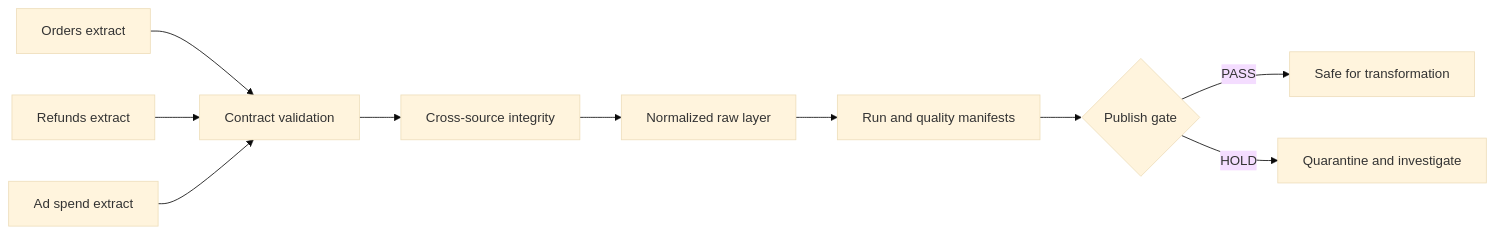
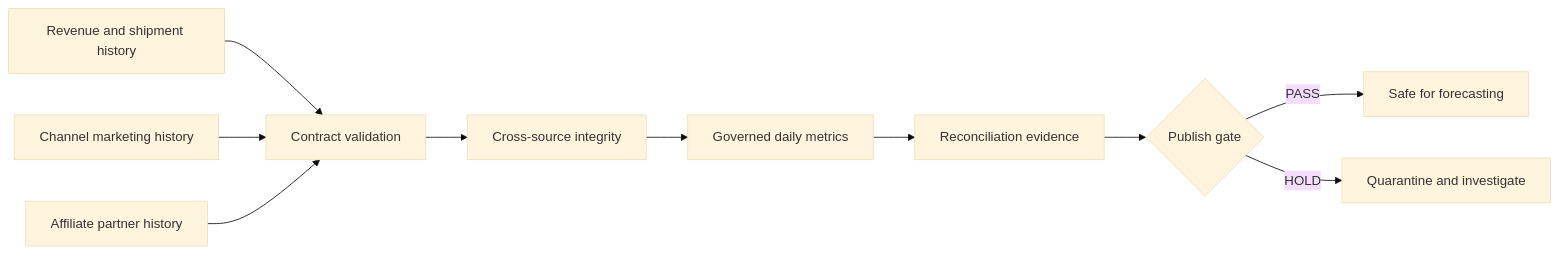
One commit to pratyushdhakad/analytics-automation-platform changed the diagram in README.md. Above: the diagram before and after it, drawn with Mermaid (base theme). The commit also changed other lines of this file and 1 other file, not shown here.

Commit message:
Pivot platform to revenue forecasting

````diff
--- a/README.md
+++ b/README.md
@@ -43,12 +52,12 @@
 ```mermaid
 flowchart LR
-    A[Orders extract] --> D[Contract validation]
-    B[Refunds extract] --> D
-    C[Ad spend extract] --> D
+    A[Revenue and shipment history] --> D[Contract validation]
+    B[Channel marketing history] --> D
+    C[Affiliate partner history] --> D
     D --> E[Cross-source integrity]
-    E --> F[Normalized raw layer]
-    F --> G[Run and quality manifests]
+    E --> F[Governed daily metrics]
+    F --> G[Reconciliation evidence]
     G --> H{Publish gate}
-    H -->|PASS| I[Safe for transformation]
+    H -->|PASS| I[Safe for forecasting]
     H -->|HOLD| J[Quarantine and investigate]
 ```
````
